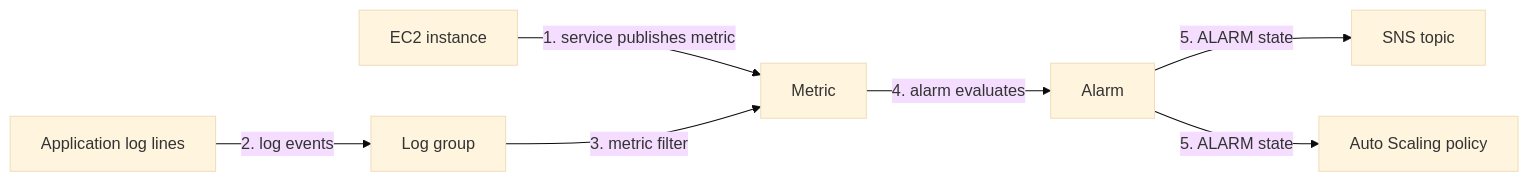
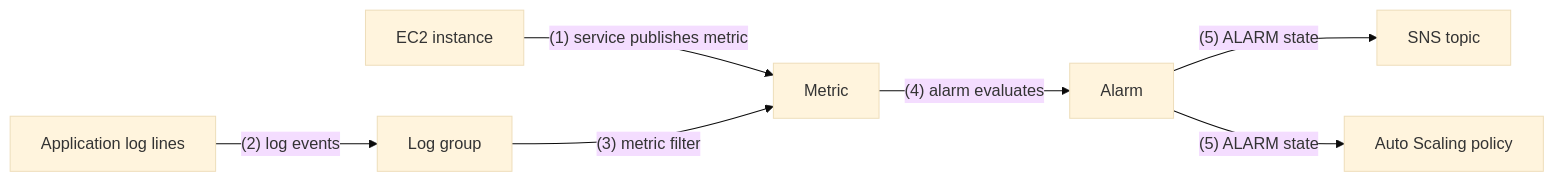
One commit to firmanains/Belajar changed the second of 2 diagrams in AWS/SAA/monitoring/cloudwatch.md. Above: the diagram before and after it, drawn with Mermaid (base theme). The commit also changed 14 other files, not shown here.

First line of the commit message:
Fix Mermaid labels that rendered as "Unsupported markdown"

````diff
--- a/AWS/SAA/monitoring/cloudwatch.md
+++ b/AWS/SAA/monitoring/cloudwatch.md
@@ -59,9 +59,9 @@
 ```mermaid
 flowchart LR
-  ec2["EC2 instance"] -->|1. service publishes metric| m["Metric"]
-  app["Application log lines"] -->|2. log events| lg["Log group"]
-  lg -->|3. metric filter| m
-  m -->|4. alarm evaluates| al["Alarm"]
-  al -->|5. ALARM state| sns["SNS topic"]
-  al -->|5. ALARM state| asg["Auto Scaling policy"]
+  ec2["EC2 instance"] -->|"(1) service publishes metric"| m["Metric"]
+  app["Application log lines"] -->|"(2) log events"| lg["Log group"]
+  lg -->|"(3) metric filter"| m
+  m -->|"(4) alarm evaluates"| al["Alarm"]
+  al -->|"(5) ALARM state"| sns["SNS topic"]
+  al -->|"(5) ALARM state"| asg["Auto Scaling policy"]
 ```
````
